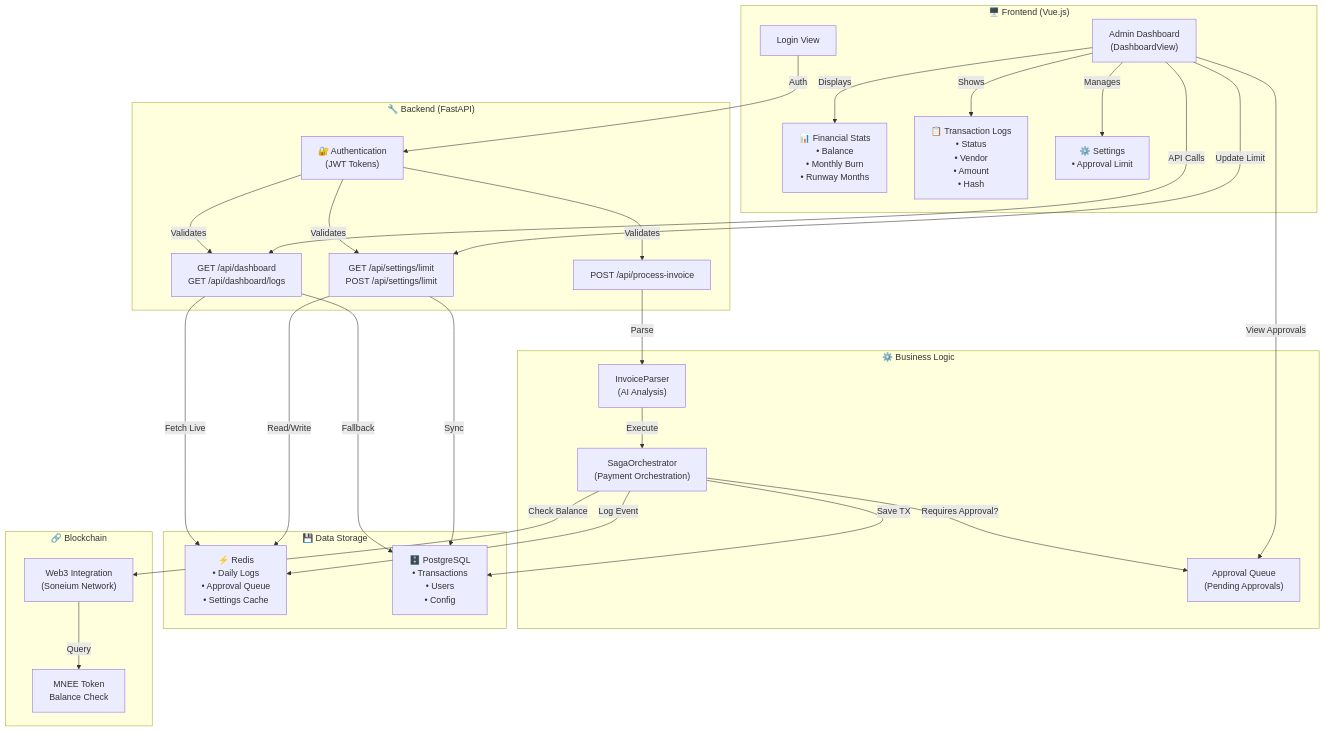
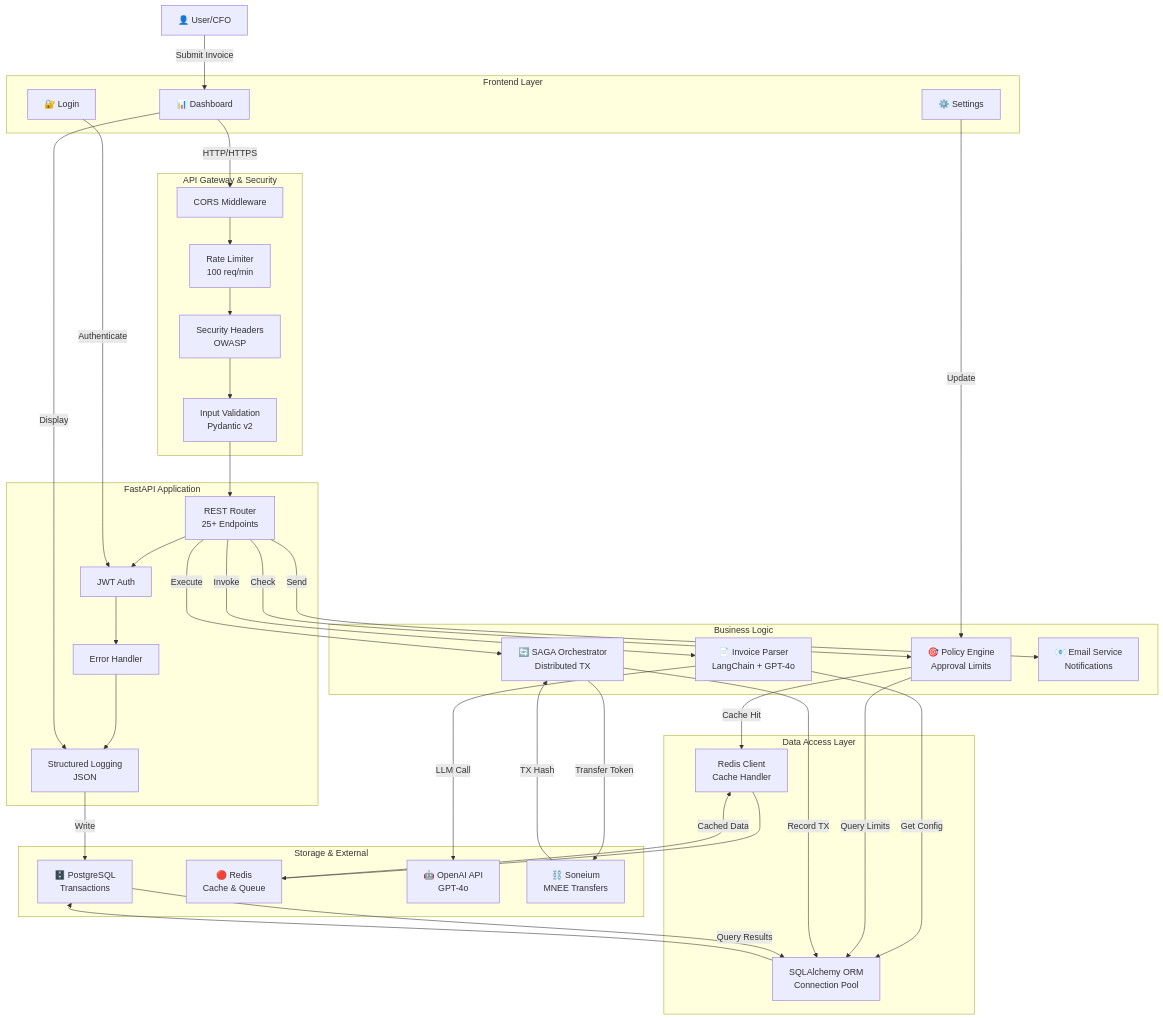
The first of 3 diagrams in ARCHITECTURE.md (nirajmind/autonomous-treasurer), drawn with Mermaid before and after one commit. The commit also changed other lines of this file and 43 other files, not shown here.

Commit message:
Improved architecture with a high score of 9.5/10 by adding observability security scalability and many more

````diff
--- a/ARCHITECTURE.md
+++ b/ARCHITECTURE.md
@@ -5,57 +281,80 @@
 ```mermaid
 graph TB
-    subgraph Frontend["🖥️ Frontend (Vue.js)"]
-        Dashboard["Admin Dashboard<br/>(DashboardView)"]
-        Login["Login View"]
-        Dashboard -->|Displays| Stats["📊 Financial Stats<br/>• Balance<br/>• Monthly Burn<br/>• Runway Months"]
-        Dashboard -->|Shows| Logs["📋 Transaction Logs<br/>• Status<br/>• Vendor<br/>• Amount<br/>• Hash"]
-        Dashboard -->|Manages| Settings["⚙️ Settings<br/>• Approval Limit"]
+    User["👤 User/CFO"]
+    
+    subgraph "Frontend Layer"
+        Dashboard["📊 Dashboard"]
+        Login["🔐 Login"]
+        Settings["⚙️ Settings"]
     end
-
-    subgraph Backend["🔧 Backend (FastAPI)"]
-        Auth["🔐 Authentication<br/>(JWT Tokens)"]
-        DashboardAPI["GET /api/dashboard<br/>GET /api/dashboard/logs"]
-        SettingsAPI["GET /api/settings/limit<br/>POST /api/settings/limit"]
-        InvoiceAPI["POST /api/process-invoice"]
-        
-        Auth -->|Validates| DashboardAPI
-        Auth -->|Validates| SettingsAPI
-        Auth -->|Validates| InvoiceAPI
+    
+    subgraph "API Gateway & Security"
+        CORS["CORS Middleware"]
+        RateLimit["Rate Limiter<br/>100 req/min"]
+        Headers["Security Headers<br/>OWASP"]
+        Validation["Input Validation<br/>Pydantic v2"]
     end
-
-    subgraph Processing["⚙️ Business Logic"]
-        SagaOrch["SagaOrchestrator<br/>(Payment Orchestration)"]
-        InvoiceParser["InvoiceParser<br/>(AI Analysis)"]
-        ApprovalQueue["Approval Queue<br/>(Pending Approvals)"]
-        
-        InvoiceAPI -->|Parse| InvoiceParser
-        InvoiceParser -->|Execute| SagaOrch
-        SagaOrch -->|Requires Approval?| ApprovalQueue
+    
+    subgraph "FastAPI Application"
+        Router["REST Router<br/>25+ Endpoints"]
+        Auth["JWT Auth"]
+        ErrorHandler["Error Handler"]
+        Logging["Structured Logging<br/>JSON"]
     end
-
-    subgraph Storage["💾 Data Storage"]
-        Redis["⚡ Redis<br/>• Daily Logs<br/>• Approval Queue<br/>• Settings Cache"]
-        PostgreSQL["🗄️ PostgreSQL<br/>• Transactions<br/>• Users<br/>• Config"]
+    
+    subgraph "Business Logic"
+        Parser["📄 Invoice Parser<br/>LangChain + GPT-4o"]
+        PolicyEngine["🎯 Policy Engine<br/>Approval Limits"]
+        SAGA["🔄 SAGA Orchestrator<br/>Distributed TX"]
+        EmailService["📧 Email Service<br/>Notifications"]
     end
-
-    subgraph Blockchain["🔗 Blockchain"]
-        Web3["Web3 Integration<br/>(Soneium Network)"]
-        MNEE["MNEE Token<br/>Balance Check"]
+    
+    subgraph "Data Access Layer"
+        ORM["SQLAlchemy ORM<br/>Connection Pool"]
+        Cache["Redis Client<br/>Cache Handler"]
     end
-
-    DashboardAPI -->|Fetch Live| Redis
-    DashboardAPI -->|Fallback| PostgreSQL
-    SettingsAPI -->|Read/Write| Redis
-    SettingsAPI -->|Sync| PostgreSQL
     
-    SagaOrch -->|Save TX| PostgreSQL
-    SagaOrch -->|Log Event| Redis
-    SagaOrch -->|Check Balance| Web3
-    Web3 -->|Query| MNEE
+    subgraph "Storage & External"
+        PostgreSQL["🗄️ PostgreSQL<br/>Transactions"]
+        Redis["🔴 Redis<br/>Cache & Queue"]
+        OpenAI["🤖 OpenAI API<br/>GPT-4o"]
+        Blockchain["⛓️ Soneium<br/>MNEE Transfers"]
+    end
     
-    Dashboard -->|API Calls| DashboardAPI
-    Dashboard -->|Update Limit| SettingsAPI
-    Dashboard -->|View Approvals| ApprovalQueue
+    User -->|Submit Invoice| Dashboard
+    Dashboard -->|HTTP/HTTPS| CORS
+    CORS --> RateLimit
+    RateLimit --> Headers
+    Headers --> Validation
     
-    Login -->|Auth| Auth
+    Validation --> Router
+    Router --> Auth
+    Auth --> ErrorHandler
+    ErrorHandler --> Logging
+    
+    Router -->|Invoke| Parser
+    Router -->|Check| PolicyEngine
+    Router -->|Execute| SAGA
+    Router -->|Send| EmailService
+    
+    Parser -->|LLM Call| OpenAI
+    Parser -->|Get Config| ORM
+    
+    PolicyEngine -->|Query Limits| ORM
+    SAGA -->|Transfer Token| Blockchain
+    SAGA -->|Record TX| ORM
+    
+    ORM --> PostgreSQL
+    Cache --> Redis
+    PolicyEngine -->|Cache Hit| Cache
+    
+    Logging -->|Write| PostgreSQL
+    
+    Login -->|Authenticate| Auth
+    Settings -->|Update| PolicyEngine
+    Dashboard -->|Display| Logging
+    
+    Blockchain -->|TX Hash| SAGA
+    PostgreSQL -->|Query Results| ORM
+    Redis -->|Cached Data| Cache
 ```
````
